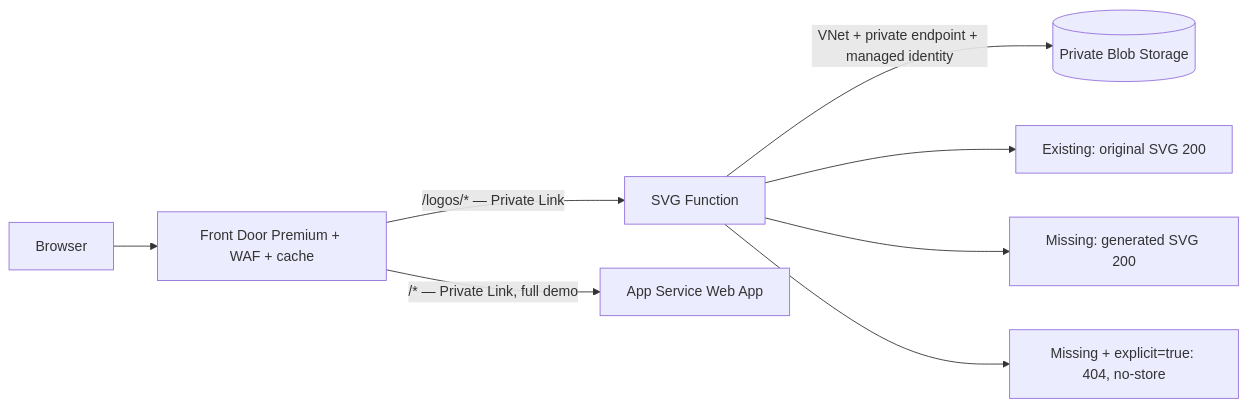
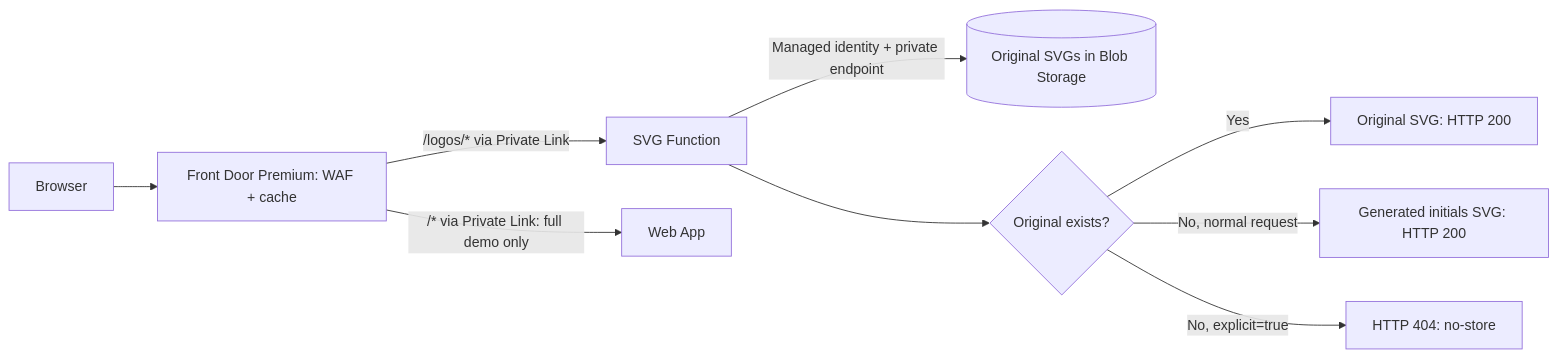
One commit to giladk1221/azure-svg-logo-fallback changed the diagram in README.md. Above: the diagram before and after it, drawn with Mermaid. The commit also changed other lines of this file and 16 other files, not shown here.

````diff
--- a/README.md
+++ b/README.md
@@ -15,10 +28,11 @@
 ```mermaid
 flowchart LR
-  U[Browser] --> FD[Front Door Premium + WAF + cache]
-  FD -->|"/logos/* — Private Link"| F[SVG Function]
-  FD -->|"/* — Private Link, full demo"| W[App Service Web App]
-  F -->|"VNet + private endpoint + managed identity"| B[(Private Blob Storage)]
-  F --> R["Existing: original SVG 200"]
-  F --> G["Missing: generated SVG 200"]
-  F --> N["Missing + explicit=true: 404, no-store"]
+  U[Browser] --> FD[Front Door Premium: WAF + cache]
+  FD -->|"/logos/* via Private Link"| F[SVG Function]
+  FD -->|"/* via Private Link: full demo only"| W[Web App]
+  F -->|"Managed identity + private endpoint"| B[(Original SVGs in Blob Storage)]
+  F --> D{"Original exists?"}
+  D -->|Yes| O[Original SVG: HTTP 200]
+  D -->|No, normal request| G[Generated initials SVG: HTTP 200]
+  D -->|No, explicit=true| N[HTTP 404: no-store]
 ```
````
